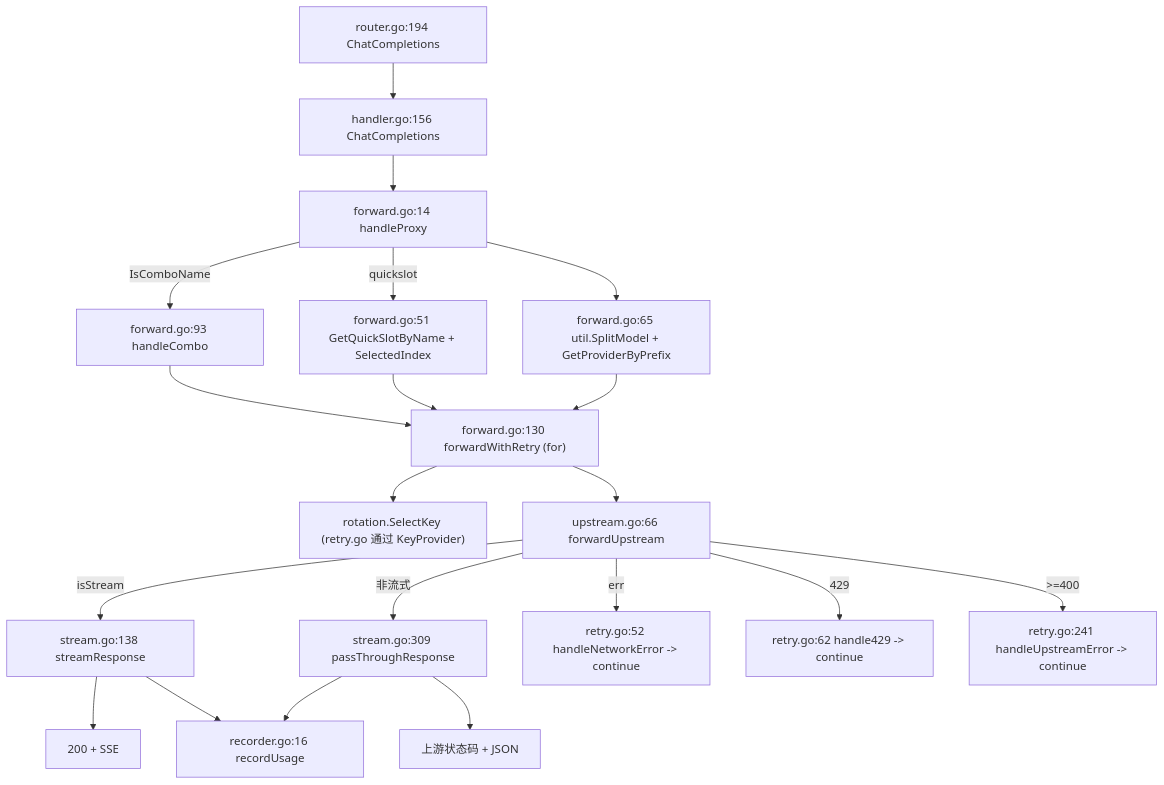
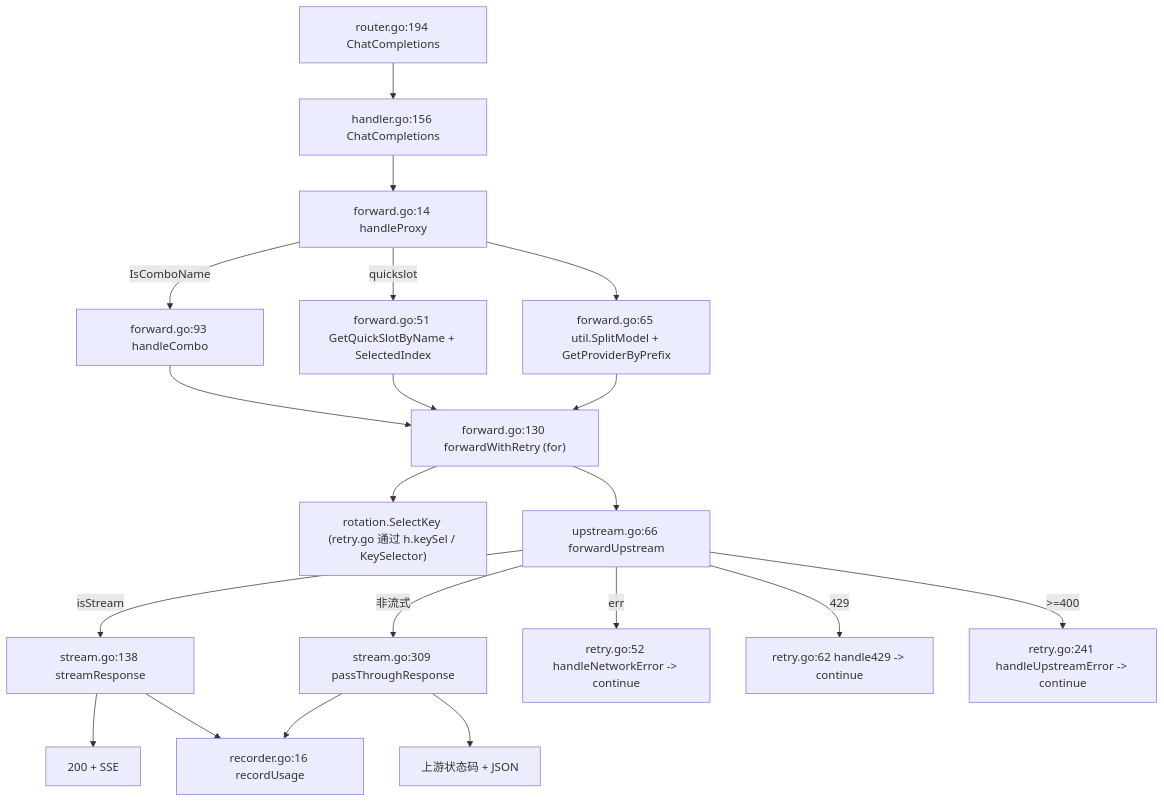
One commit to Darkstarrd-dev/tinylab changed the second of 2 diagrams in docs/proxy-architecture.md. Above: the diagram before and after it, drawn with Mermaid. The commit also changed other lines of this file and 15 other files, not shown here.

````diff
--- a/docs/proxy-architecture.md
+++ b/docs/proxy-architecture.md
@@ -176,22 +191,22 @@
 ```mermaid
 flowchart TD
     R["router.go:194 ChatCompletions"] --> HC["handler.go:156 ChatCompletions"]
     HC --> HP["forward.go:14 handleProxy"]
     HP -->|"IsComboName"| HCB["forward.go:93 handleCombo"]
     HP -->|"quickslot"| QS["forward.go:51 GetQuickSlotByName + SelectedIndex"]
     HP --> PR["forward.go:65 util.SplitModel + GetProviderByPrefix"]
     HCB --> FWR["forward.go:130 forwardWithRetry (for)"]
     QS --> FWR
     PR --> FWR
-    FWR --> SEL["rotation.SelectKey (retry.go 通过 KeyProvider)"]
+    FWR --> SEL["rotation.SelectKey (retry.go 通过 h.keySel / KeySelector)"]
     FWR --> FU["upstream.go:66 forwardUpstream"]
     FU -->|"isStream"| SR["stream.go:138 streamResponse"]
     FU -->|"非流式"| PT["stream.go:309 passThroughResponse"]
     SR --> OK["200 + SSE"]
     PT --> OK2["上游状态码 + JSON"]
     SR --> RU["recorder.go:16 recordUsage"]
     PT --> RU
     FU -->|"err"| HNE["retry.go:52 handleNetworkError -> continue"]
     FU -->|"429"| H429["retry.go:62 handle429 -> continue"]
     FU -->|">=400"| HUE["retry.go:241 handleUpstreamError -> continue"]
 ```
````
